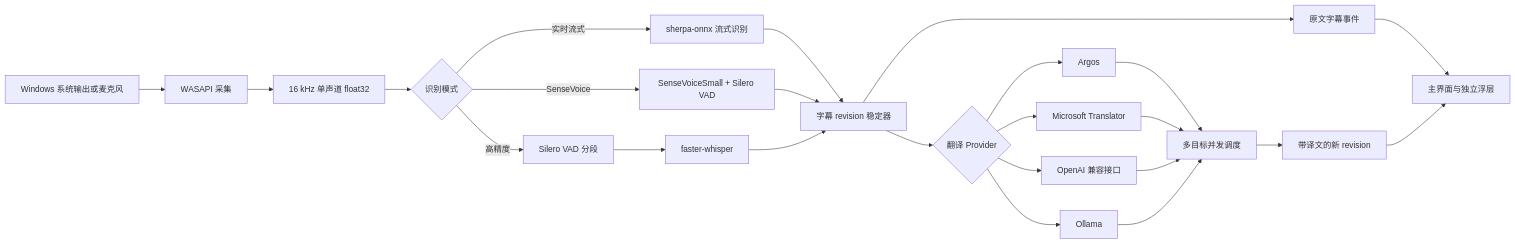
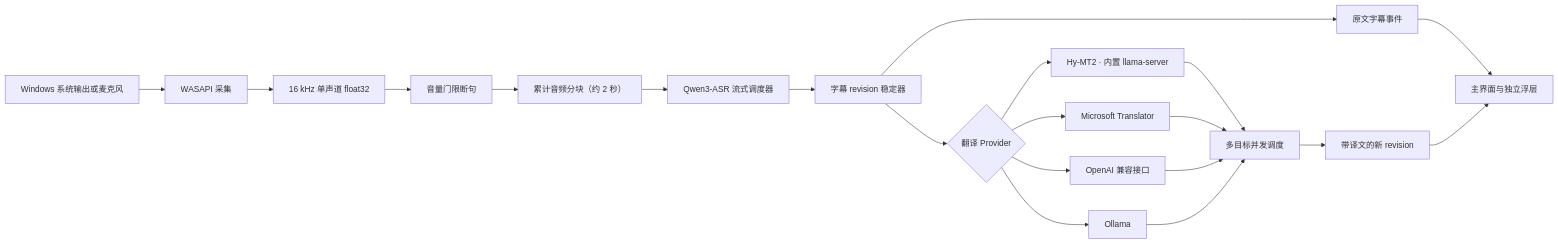
Before and after one commit to CerealAxis/Nola-Translator: the diagram in docs/implementation.md, drawn with Mermaid. The commit also changed other lines of this file and 17 other files, not shown here.

````diff
--- a/docs/implementation.md
+++ b/docs/implementation.md
@@ -5,26 +5,22 @@
 ```mermaid
 flowchart LR
     A[Windows 系统输出或麦克风] --> B[WASAPI 采集]
     B --> C[16 kHz 单声道 float32]
-    C --> D{识别模式}
-    D -->|实时流式| E[sherpa-onnx 流式识别]
-    D -->|SenseVoice| F[SenseVoiceSmall + Silero VAD]
-    D -->|高精度| G[Silero VAD 分段]
-    G --> H[faster-whisper]
-    E --> I[字幕 revision 稳定器]
-    F --> I
-    H --> I
+    C --> D[音量门限断句]
+    D --> E[累计音频分块（约 2 秒）]
+    E --> F[Qwen3-ASR 流式调度器]
+    F --> I[字幕 revision 稳定器]
     I --> J[原文字幕事件]
     I --> K{翻译 Provider}
-    K --> L[Argos]
+    K --> L[Hy-MT2 · 内置 llama-server]
     K --> M[Microsoft Translator]
     K --> N[OpenAI 兼容接口]
     K --> O[Ollama]
     L --> P[多目标并发调度]
     M --> P
     N --> P
     O --> P
     P --> Q[带译文的新 revision]
     J --> R[主界面与独立浮层]
     Q --> R
 ```
````
